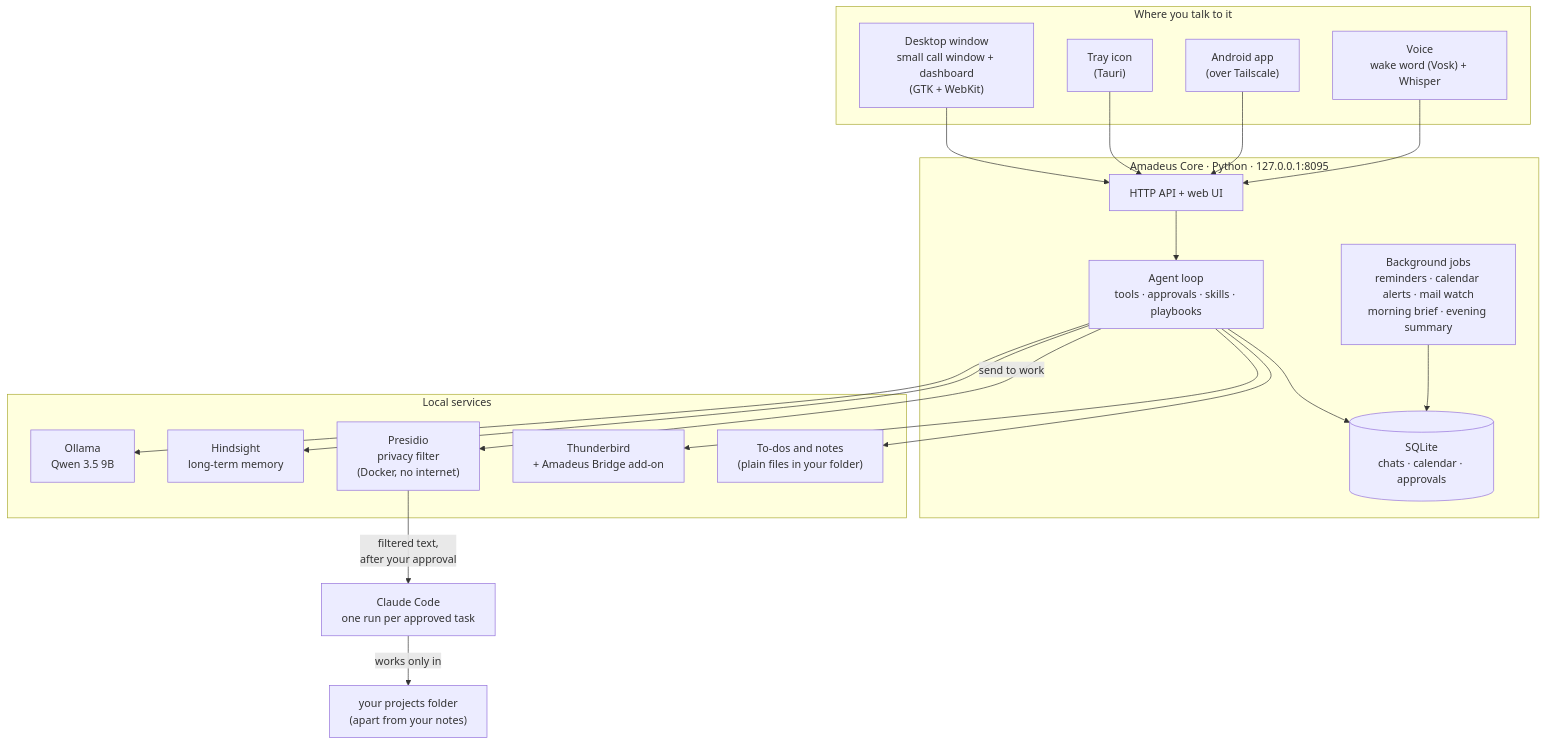
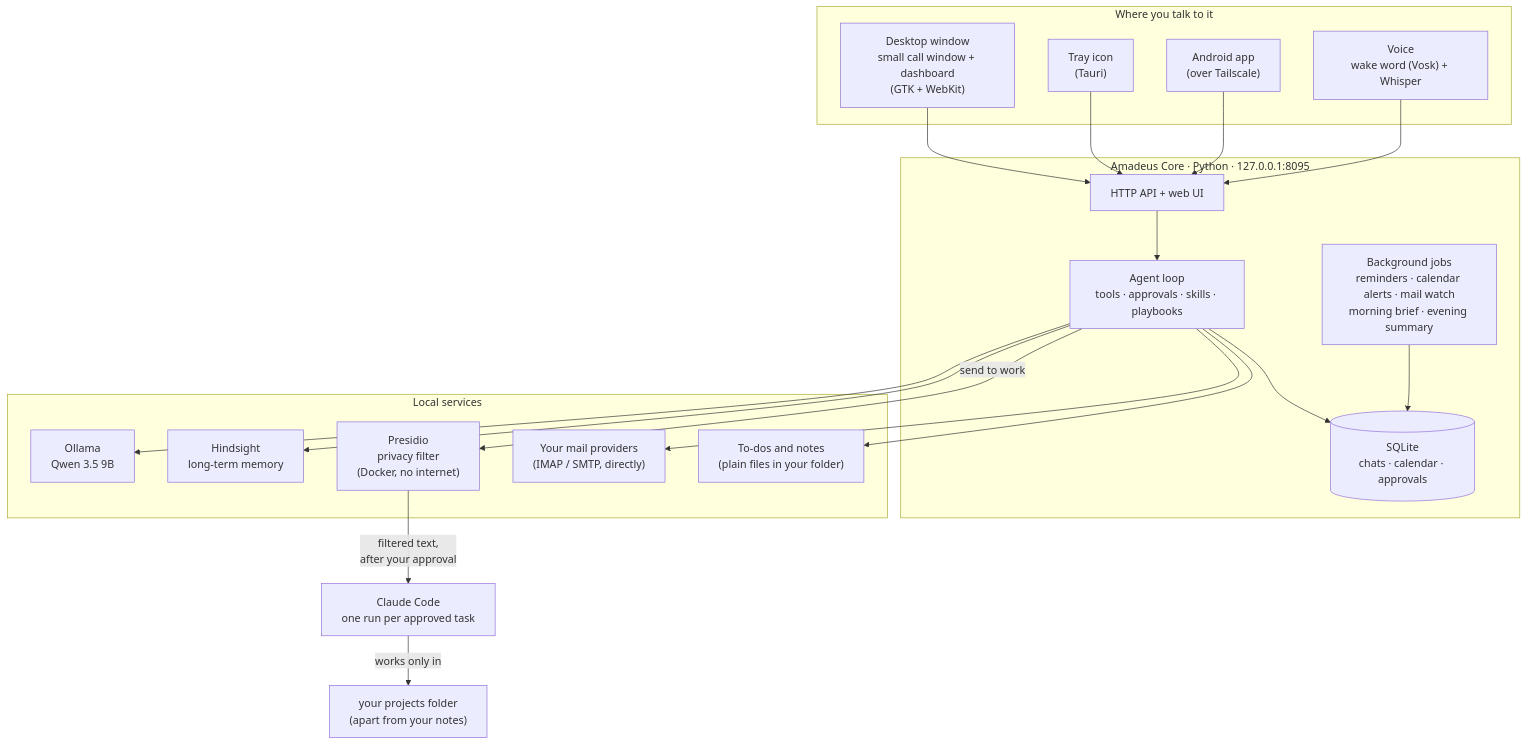
One commit to IAbrahamI/Amadeus changed the first of 4 diagrams in docs/ARCHITECTURE.md. Above: the diagram before and after it, drawn with Mermaid. The commit also changed other lines of this file and 28 other files, not shown here.

Commit message:
Mail without Thunderbird: every account is connected directly (mail.py is the one door), your provider reports new mail the moment it arrives (IMAP IDLE, renewed, with backoff), the bridge, its add-on, installer step and docs are gone, and updating removes an older install's bridge files

````diff
--- a/docs/ARCHITECTURE.md
+++ b/docs/ARCHITECTURE.md
@@ -12,38 +12,38 @@
 ```mermaid
 flowchart TB
     subgraph clients ["Where you talk to it"]
       win["Desktop window<br/>small call window + dashboard<br/>(GTK + WebKit)"]
       tray["Tray icon<br/>(Tauri)"]
       phone["Android app<br/>(over Tailscale)"]
       voice["Voice<br/>wake word (Vosk) + Whisper"]
     end
 
     subgraph core ["Amadeus Core · Python · 127.0.0.1:8095"]
       server["HTTP API + web UI"]
       agent["Agent loop<br/>tools · approvals · skills · playbooks"]
       bg["Background jobs<br/>reminders · calendar alerts · mail watch<br/>morning brief · evening summary"]
       db[("SQLite<br/>chats · calendar · approvals")]
     end
 
     subgraph local ["Local services"]
       ollama["Ollama<br/>Qwen 3.5 9B"]
       hindsight["Hindsight<br/>long-term memory"]
       presidio["Presidio<br/>privacy filter<br/>(Docker, no internet)"]
-      tb["Thunderbird<br/>+ Amadeus Bridge add-on"]
+      tb["Your mail providers<br/>(IMAP / SMTP, directly)"]
       notesfiles["To-dos and notes<br/>(plain files in your folder)"]
     end
 
     cc["Claude Code<br/>one run per approved task"]
 
     win & tray & phone & voice --> server
     server --> agent
     agent --> db
     bg --> db
     agent --> ollama
     agent --> hindsight
     agent --> tb
     agent --> notesfiles
     agent -- "send to work" --> presidio
     presidio -- "filtered text,<br/>after your approval" --> cc
     cc -- "works only in" --> projects["your projects folder<br/>(apart from your notes)"]
 ```
````
